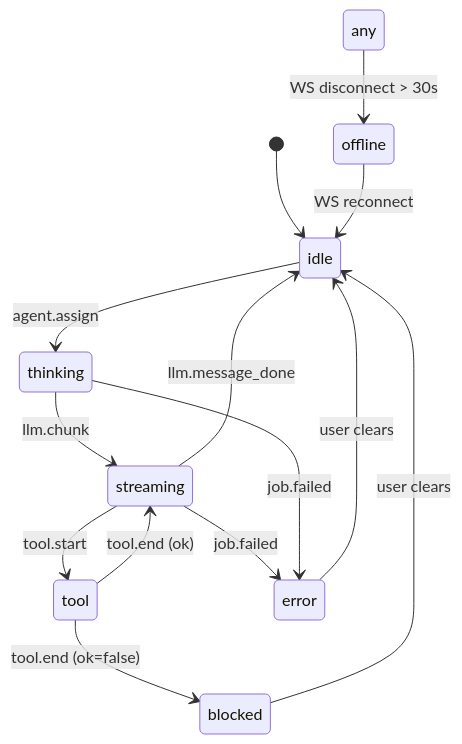
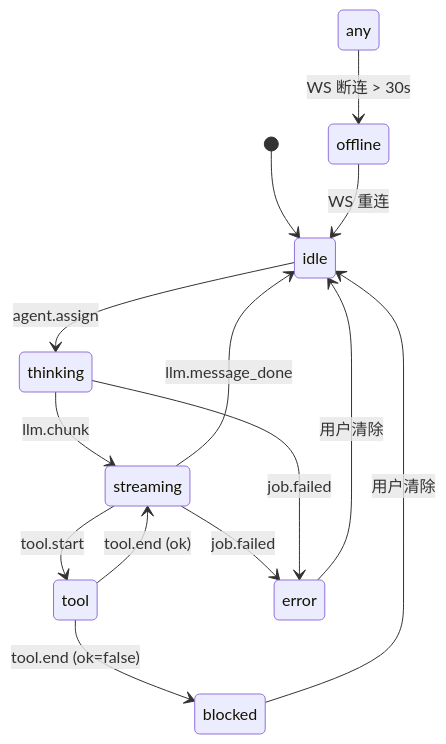
The diagram in docs-site/docs/03-events-bus.md (YeLuo45/AiGameAgent-design), drawn with Mermaid before and after one commit. The commit also changed other lines of this file and 16 other files, not shown here.

````diff
--- a/docs-site/docs/03-events-bus.md
+++ b/docs-site/docs/03-events-bus.md
@@ -80,16 +80,16 @@
 ```mermaid
 stateDiagram-v2
   [*] --> idle
   idle --> thinking: agent.assign
   thinking --> streaming: llm.chunk
   streaming --> tool: tool.start
   tool --> streaming: tool.end (ok)
   tool --> blocked: tool.end (ok=false)
   streaming --> idle: llm.message_done
   streaming --> error: job.failed
   thinking --> error: job.failed
-  blocked --> idle: user clears
-  error --> idle: user clears
-  any --> offline: WS disconnect > 30s
-  offline --> idle: WS reconnect
+  blocked --> idle: 用户清除
+  error --> idle: 用户清除
+  any --> offline: WS 断连 > 30s
+  offline --> idle: WS 重连
 ```
````
